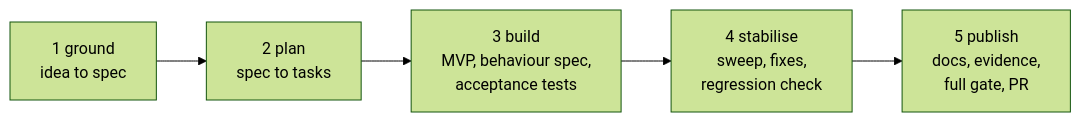
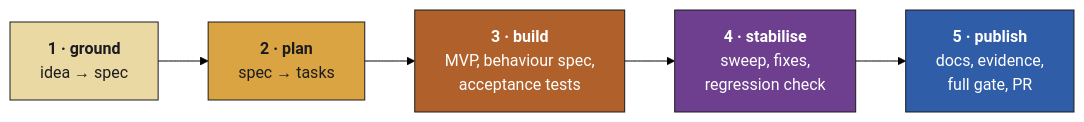
One commit to miki-przygoda/temper changed the diagram in README.md. Above: the diagram before and after it, drawn with Mermaid (forest theme). The commit also changed other lines of this file, not shown here.

Commit message:
docs(readme): centred header with logo and badges, coloured stage diagram, contributing

````diff
--- a/README.md
+++ b/README.md
@@ -20,7 +37,17 @@
 ```mermaid
 flowchart LR
-  G["1 ground<br/>idea to spec"] --> P["2 plan<br/>spec to tasks"]
-  P --> B["3 build<br/>MVP, behaviour spec,<br/>acceptance tests"]
-  B --> S["4 stabilise<br/>sweep, fixes,<br/>regression check"]
-  S --> U["5 publish<br/>docs, evidence,<br/>full gate, PR"]
+  G["<b>1 · ground</b><br/>idea → spec"] --> P["<b>2 · plan</b><br/>spec → tasks"]
+  P --> B["<b>3 · build</b><br/>MVP, behaviour spec,<br/>acceptance tests"]
+  B --> S["<b>4 · stabilise</b><br/>sweep, fixes,<br/>regression check"]
+  S --> U["<b>5 · publish</b><br/>docs, evidence,<br/>full gate, PR"]
+  classDef s1 fill:#EAD9A2,stroke:#1C1B1F,color:#1C1B1F
+  classDef s2 fill:#D9A441,stroke:#1C1B1F,color:#1C1B1F
+  classDef s3 fill:#B0602A,stroke:#1C1B1F,color:#FFFFFF
+  classDef s4 fill:#6E3F8F,stroke:#1C1B1F,color:#FFFFFF
+  classDef s5 fill:#2F5DA8,stroke:#1C1B1F,color:#FFFFFF
+  class G s1
+  class P s2
+  class B s3
+  class S s4
+  class U s5
 ```
````
